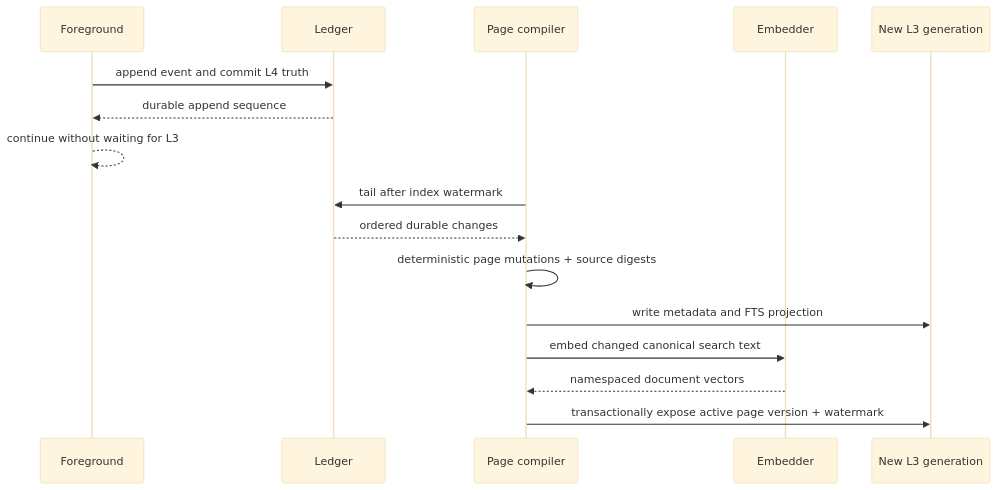
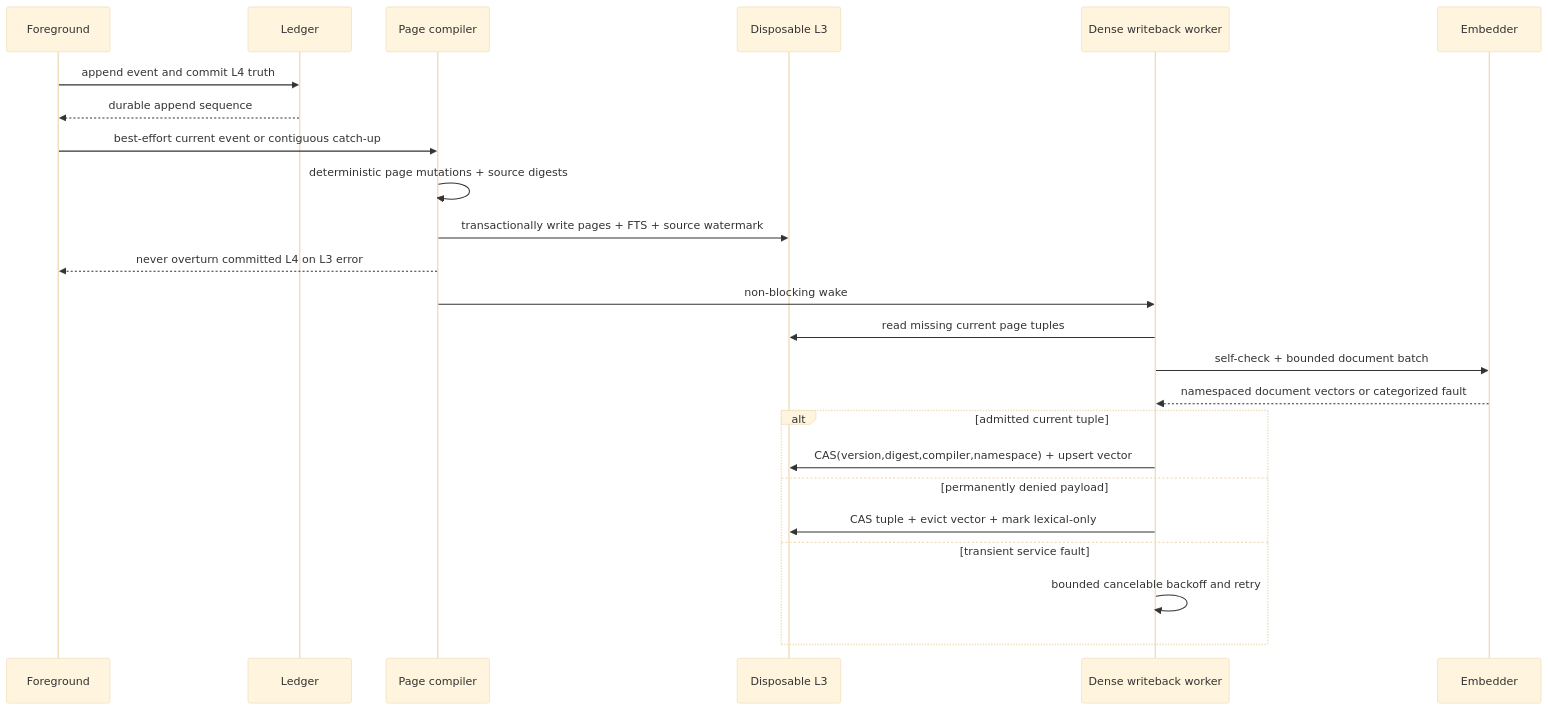
One commit to rexbrahh/WSMS changed the eighth of 10 diagrams in docs/architecture.md. Above: the diagram before and after it, drawn with Mermaid (base theme). The commit also changed other lines of this file and 4 other files, not shown here.

````diff
--- a/docs/architecture.md
+++ b/docs/architecture.md
@@ -582,19 +590,27 @@
 ```mermaid
 sequenceDiagram
     participant Foreground
     participant Ledger
     participant Compiler as Page compiler
+    participant Index as Disposable L3
+    participant Worker as Dense writeback worker
     participant Embedder
-    participant Index as New L3 generation
 
     Foreground->>Ledger: append event and commit L4 truth
     Ledger-->>Foreground: durable append sequence
-    Foreground-->>Foreground: continue without waiting for L3
-    Compiler->>Ledger: tail after index watermark
-    Ledger-->>Compiler: ordered durable changes
+    Foreground->>Compiler: best-effort current event or contiguous catch-up
     Compiler->>Compiler: deterministic page mutations + source digests
-    Compiler->>Index: write metadata and FTS projection
-    Compiler->>Embedder: embed changed canonical search text
-    Embedder-->>Compiler: namespaced document vectors
-    Compiler->>Index: transactionally expose active page version + watermark
+    Compiler->>Index: transactionally write pages + FTS + source watermark
+    Compiler-->>Foreground: never overturn committed L4 on L3 error
+    Compiler->>Worker: non-blocking wake
+    Worker->>Index: read missing current page tuples
+    Worker->>Embedder: self-check + bounded document batch
+    Embedder-->>Worker: namespaced document vectors or categorized fault
+    alt admitted current tuple
+        Worker->>Index: CAS(version,digest,compiler,namespace) + upsert vector
+    else permanently denied payload
+        Worker->>Index: CAS tuple + evict vector + mark lexical-only
+    else transient service fault
+        Worker->>Worker: bounded cancelable backoff and retry
+    end
 ```
````
